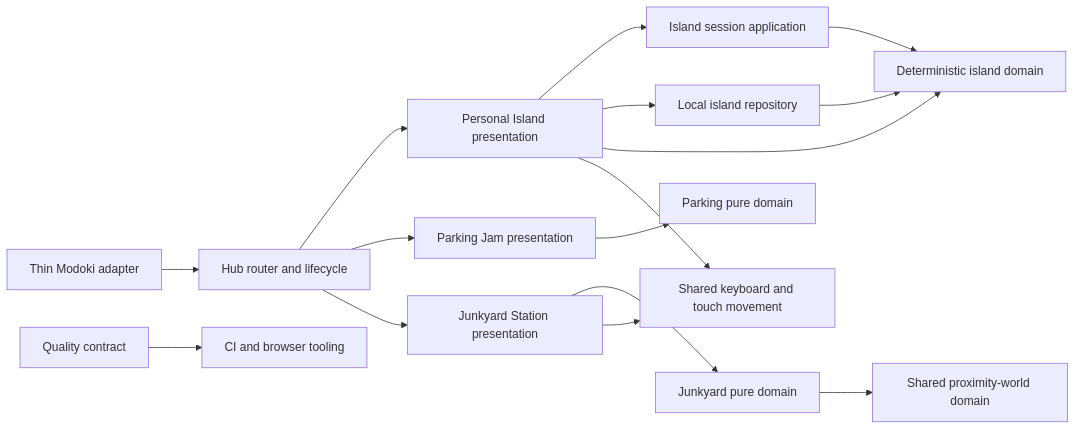
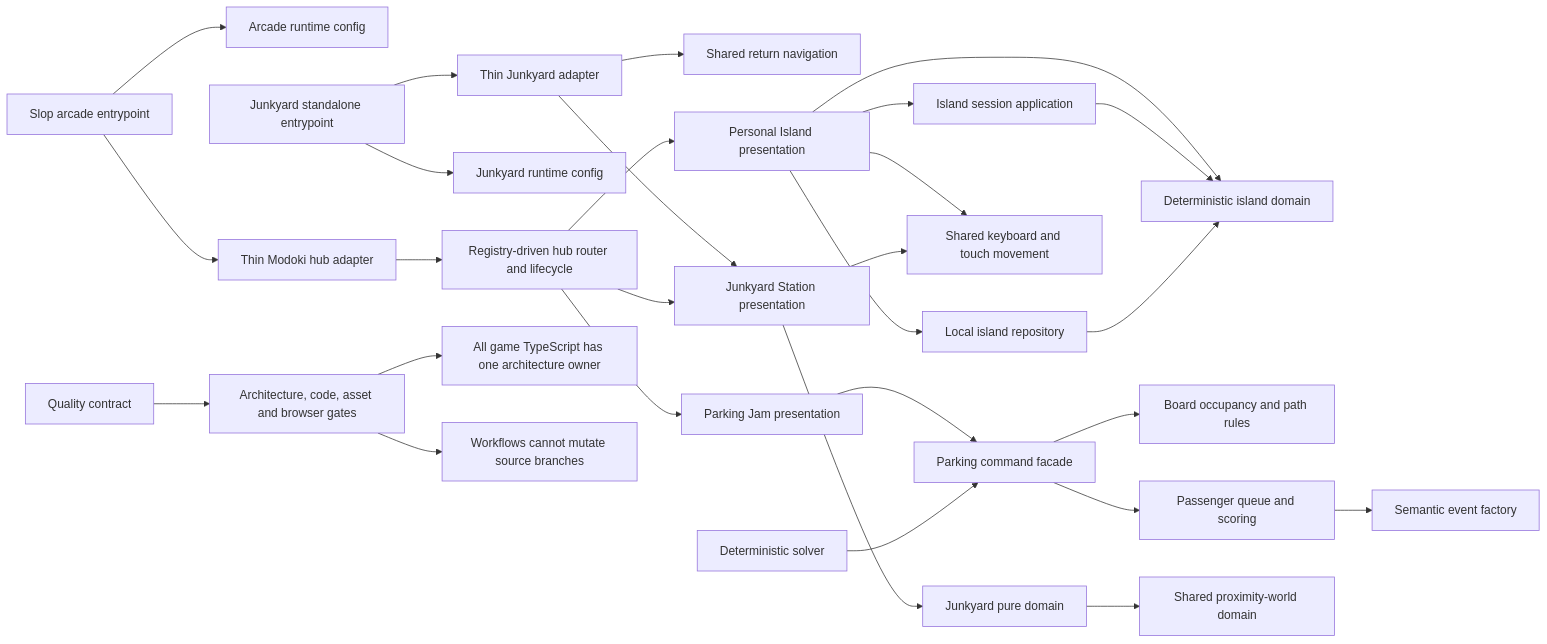
One commit to T-Damer/slop changed the diagram in architecture/current.mmd. Above: the diagram before and after it, drawn with Mermaid. The commit also changed 37 other files, not shown here.

Commit message:
refactor: harden architecture and optimize parking runtime

```diff
--- a/architecture/current.mmd
+++ b/architecture/current.mmd
@@ -1,18 +1,34 @@
 flowchart LR
-    Adapter[Thin Modoki adapter] --> Hub[Hub router and lifecycle]
+    ArcadeEntry[Slop arcade entrypoint] --> ArcadeConfig[Arcade runtime config]
+    ArcadeEntry --> Adapter[Thin Modoki hub adapter]
+    Adapter --> Hub[Registry-driven hub router and lifecycle]
+
+    StandaloneEntry[Junkyard standalone entrypoint] --> StandaloneConfig[Junkyard runtime config]
+    StandaloneEntry --> StandaloneAdapter[Thin Junkyard adapter]
+    StandaloneAdapter --> GameShell[Shared return navigation]
+    StandaloneAdapter --> JunkyardPresentation
+
     Hub --> IslandPresentation[Personal Island presentation]
     Hub --> ParkingPresentation[Parking Jam presentation]
     Hub --> JunkyardPresentation[Junkyard Station presentation]
 
     IslandPresentation --> IslandApplication[Island session application]
     IslandPresentation --> IslandStorage[Local island repository]
     IslandPresentation --> IslandDomain[Deterministic island domain]
     IslandPresentation --> PlayerInput[Shared keyboard and touch movement]
     IslandApplication --> IslandDomain
     IslandStorage --> IslandDomain
 
-    ParkingPresentation --> ParkingDomain[Parking pure domain]
+    ParkingPresentation --> ParkingRules[Parking command facade]
+    ParkingRules --> ParkingBoard[Board occupancy and path rules]
+    ParkingRules --> ParkingQueue[Passenger queue and scoring]
+    ParkingQueue --> ParkingEvents[Semantic event factory]
+    ParkingSolver[Deterministic solver] --> ParkingRules
+
     JunkyardPresentation --> JunkyardDomain[Junkyard pure domain]
     JunkyardPresentation --> PlayerInput
     JunkyardDomain --> ProximityDomain[Shared proximity-world domain]
-    Quality[Quality contract] --> Tooling[CI and browser tooling]
+
+    Quality[Quality contract] --> Tooling[Architecture, code, asset and browser gates]
+    Tooling --> Coverage[All game TypeScript has one architecture owner]
+    Tooling --> WorkflowBoundary[Workflows cannot mutate source branches]
```
